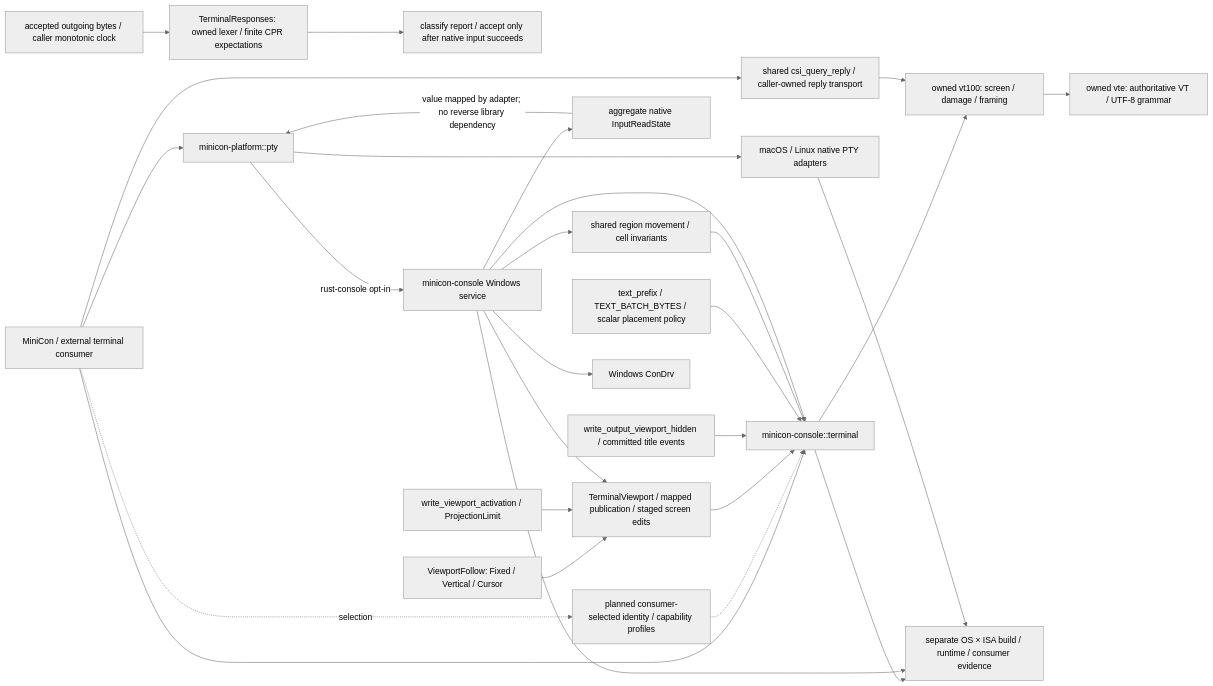
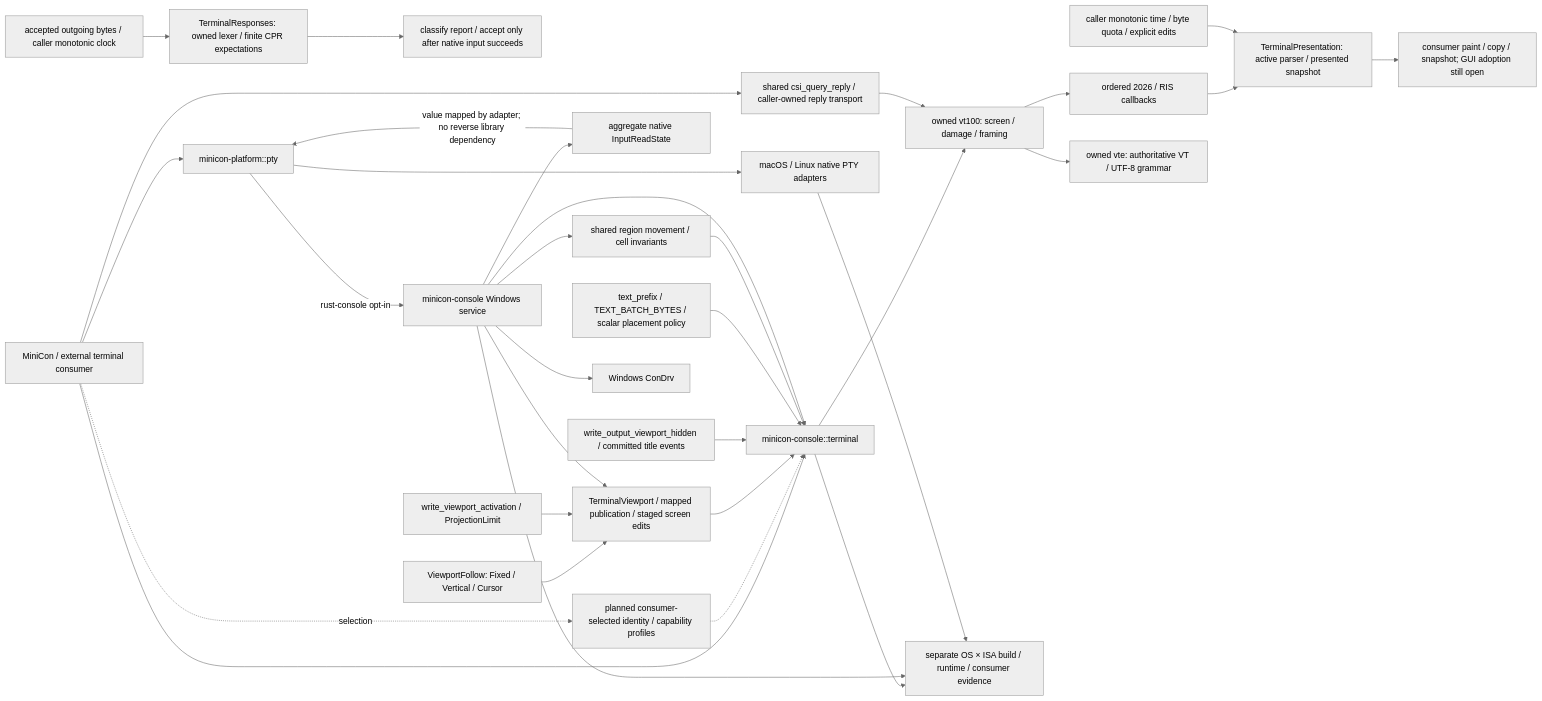
Before and after one commit to partnernetsoftware/minicon: the diagram in prd/PRD_02_35_terminal_library.md, drawn with Mermaid (neutral theme). The commit also changed other lines of this file and 8 other files, not shown here.

````diff
--- a/prd/PRD_02_35_terminal_library.md
+++ b/prd/PRD_02_35_terminal_library.md
@@ -78,28 +83,32 @@
 ```mermaid
 flowchart LR
     APP["MiniCon / external terminal consumer"] --> COMMON["minicon-console::terminal"]
     COMMON --> VT["owned vt100: screen / damage / framing"]
+    VT --> SYNC["ordered 2026 / RIS callbacks"]
+    SYNC --> PRESENT["TerminalPresentation: active parser / presented snapshot"]
+    CLOCK["caller monotonic time / byte quota / explicit edits"] --> PRESENT
+    PRESENT --> PAINT["consumer paint / copy / snapshot; GUI adoption still open"]
     APP --> QUERY["shared csi_query_reply / caller-owned reply transport"]
     QUERY --> VT
     ACCEPT["accepted outgoing bytes / caller monotonic clock"] --> RESP["TerminalResponses: owned lexer / finite CPR expectations"]
     RESP --> INPUT["classify report / accept only after native input succeeds"]
     VT --> VTE["owned vte: authoritative VT / UTF-8 grammar"]
     APP --> PLATFORM["minicon-platform::pty"]
     PROFILE["planned consumer-selected identity / capability profiles"] -.-> COMMON
     APP -. selection .-> PROFILE
     PLATFORM -->|"rust-console opt-in"| WIN["minicon-console Windows service"]
     WIN --> READSTATE["aggregate native InputReadState"]
     READSTATE -->|"value mapped by adapter; no reverse library dependency"| PLATFORM
     VP["TerminalViewport / mapped publication / staged screen edits"] --> COMMON
     FOLLOW["ViewportFollow: Fixed / Vertical / Cursor"] --> VP
     ACT["write_viewport_activation / ProjectionLimit"] --> VP
     HIDDEN["write_output_viewport_hidden / committed title events"] --> COMMON
     TEXT["text_prefix / TEXT_BATCH_BYTES / scalar placement policy"] --> COMMON
     WIN --> VP
     MOVE["shared region movement / cell invariants"] --> COMMON
     WIN --> MOVE
     WIN --> COMMON
     WIN --> KERNEL["Windows ConDrv"]
     PLATFORM --> POSIX["macOS / Linux native PTY adapters"]
     COMMON & WIN & POSIX --> E["separate OS × ISA build / runtime / consumer evidence"]
 ```
````
